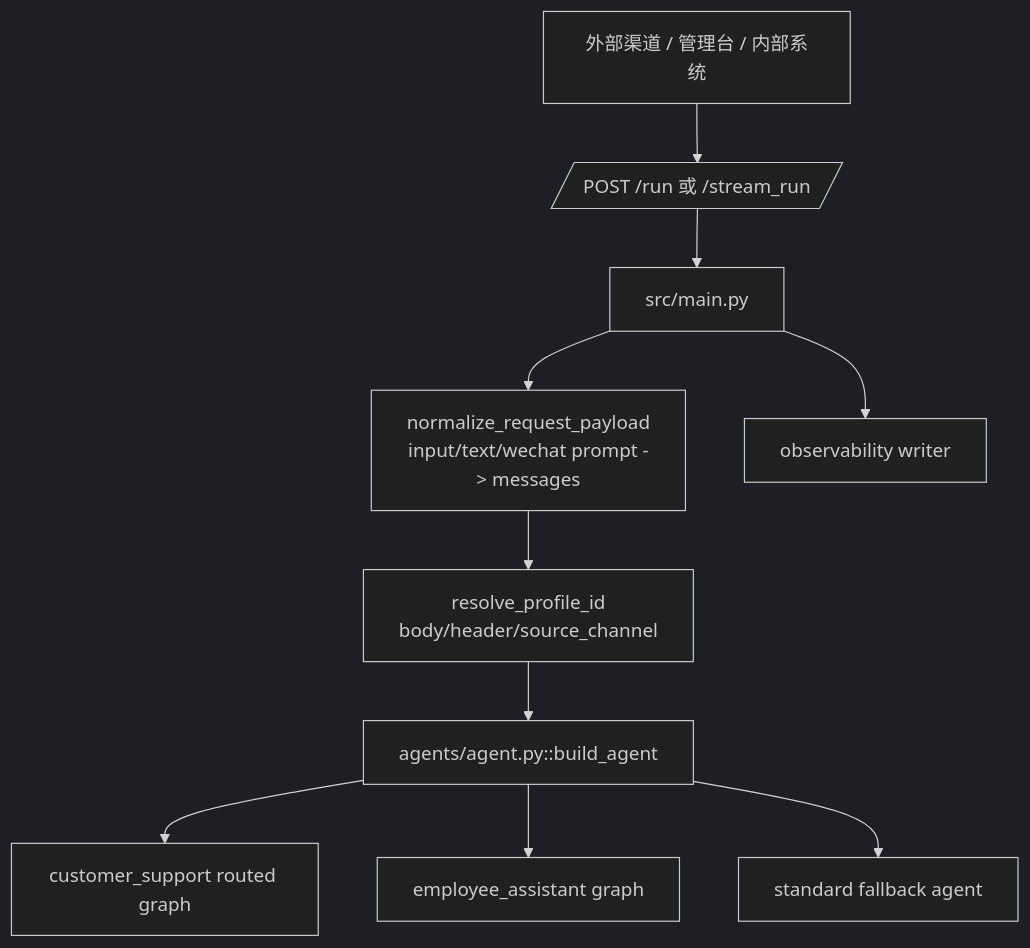
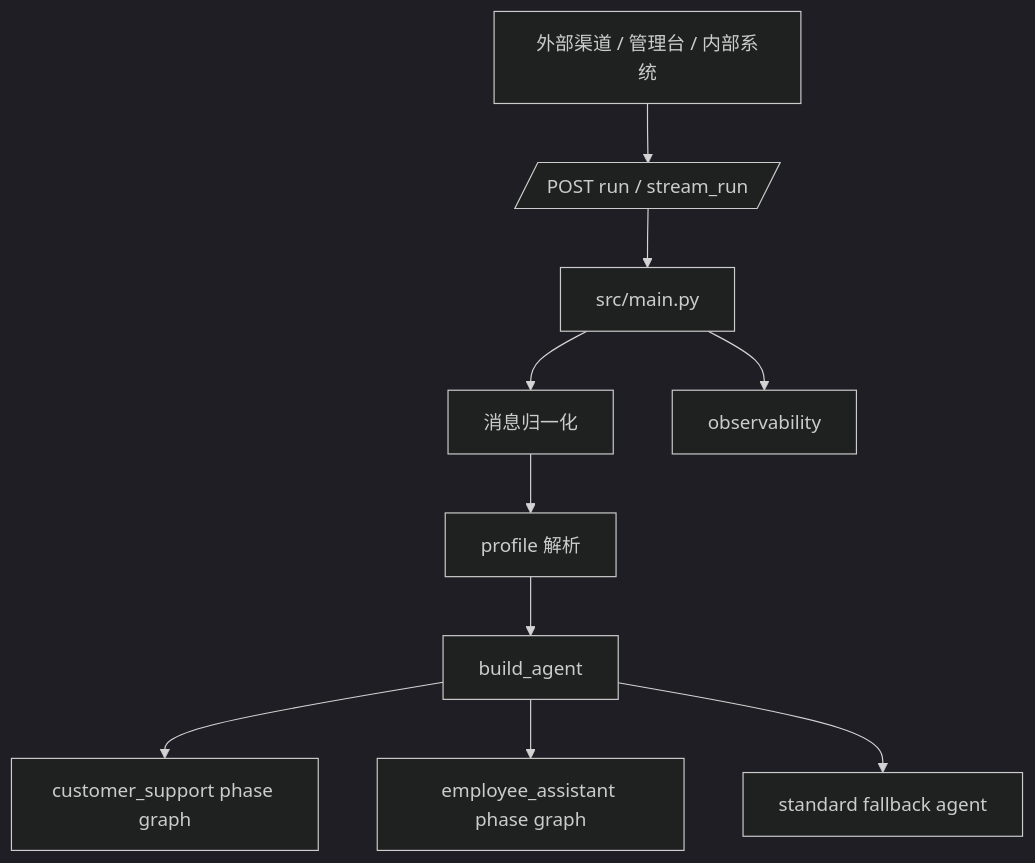
One commit to lr12338/hifleet-agent changed the first of 5 diagrams in docs/AGENT_TECHNICAL_DOCUMENTATION.md. Above: the diagram before and after it, drawn with Mermaid (dark theme). The commit also changed other lines of this file and 12 other files, not shown here.

Commit message:
Harden agent secrecy and simplify architecture docs

````diff
--- a/docs/AGENT_TECHNICAL_DOCUMENTATION.md
+++ b/docs/AGENT_TECHNICAL_DOCUMENTATION.md
@@ -7,12 +12,12 @@
 ```mermaid
 flowchart TD
-    Caller[外部渠道 / 管理台 / 内部系统] --> Run[/POST /run 或 /stream_run/]
-    Run --> Main[src/main.py]
-    Main --> Normalize[normalize_request_payload<br/>input/text/wechat prompt -> messages]
-    Normalize --> Profile[resolve_profile_id<br/>body/header/source_channel]
-    Profile --> Build[agents/agent.py::build_agent]
-    Build --> CS[customer_support routed graph]
-    Build --> EMP[employee_assistant graph]
+    Caller[外部渠道 / 管理台 / 内部系统] --> API[/POST run / stream_run/]
+    API --> Main[src/main.py]
+    Main --> Normalize[消息归一化]
+    Normalize --> Profile[profile 解析]
+    Profile --> Build[build_agent]
+    Build --> CS[customer_support phase graph]
+    Build --> EMP[employee_assistant phase graph]
     Build --> STD[standard fallback agent]
-    Main --> Obs[observability writer]
+    Main --> Obs[observability]
 ```
````
